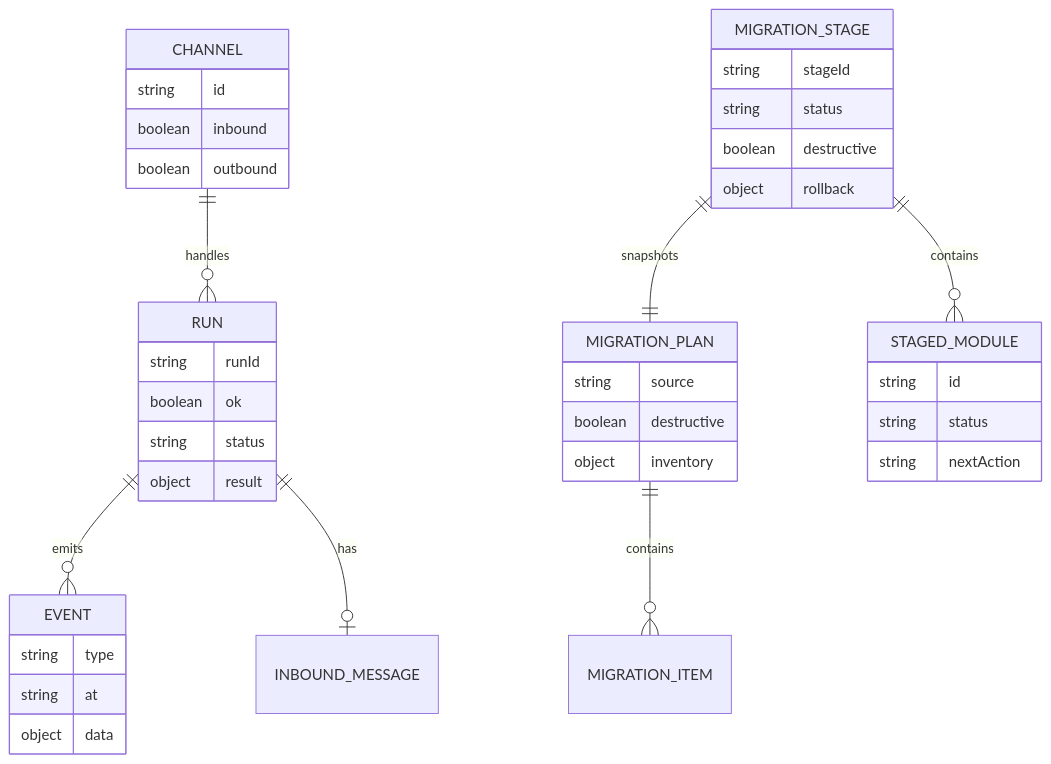
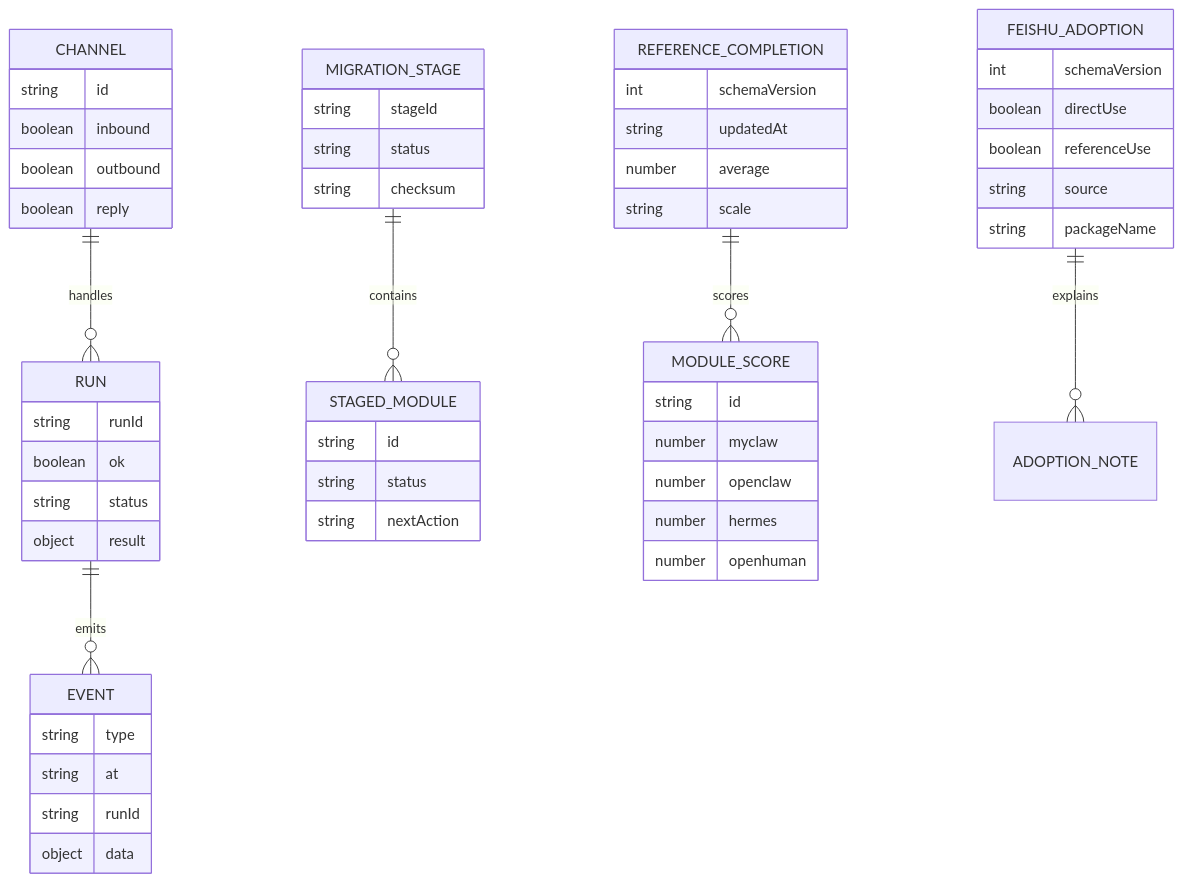
Before and after one commit to mayf3/myclaw: the sixth of 8 diagrams in docs/implementation-architecture.md, drawn with Mermaid. The commit also changed other lines of this file and 22 other files, not shown here.

````diff
--- a/docs/implementation-architecture.md
+++ b/docs/implementation-architecture.md
@@ -200,42 +217,17 @@
 ```mermaid
 erDiagram
   RUN ||--o{ EVENT : emits
-  RUN ||--o| INBOUND_MESSAGE : has
   CHANNEL ||--o{ RUN : handles
-  MIGRATION_PLAN ||--o{ MIGRATION_ITEM : contains
-  MIGRATION_STAGE ||--|| MIGRATION_PLAN : snapshots
   MIGRATION_STAGE ||--o{ STAGED_MODULE : contains
+  REFERENCE_COMPLETION ||--o{ MODULE_SCORE : scores
+  FEISHU_ADOPTION ||--o{ ADOPTION_NOTE : explains
 
-  RUN {
-    string runId
-    boolean ok
-    string status
-    object result
-  }
-  EVENT {
-    string type
-    string at
-    object data
-  }
-  CHANNEL {
-    string id
-    boolean inbound
-    boolean outbound
-  }
-  MIGRATION_PLAN {
-    string source
-    boolean destructive
-    object inventory
-  }
-  MIGRATION_STAGE {
-    string stageId
-    string status
-    boolean destructive
-    object rollback
-  }
-  STAGED_MODULE {
-    string id
-    string status
-    string nextAction
-  }
+  RUN { string runId boolean ok string status object result }
+  EVENT { string type string at string runId object data }
+  CHANNEL { string id boolean inbound boolean outbound boolean reply }
+  MIGRATION_STAGE { string stageId string status string checksum }
+  STAGED_MODULE { string id string status string nextAction }
+  REFERENCE_COMPLETION { int schemaVersion string updatedAt number average string scale }
+  MODULE_SCORE { string id number myclaw number openclaw number hermes number openhuman }
+  FEISHU_ADOPTION { int schemaVersion boolean directUse boolean referenceUse string source string packageName }
 ```
````
